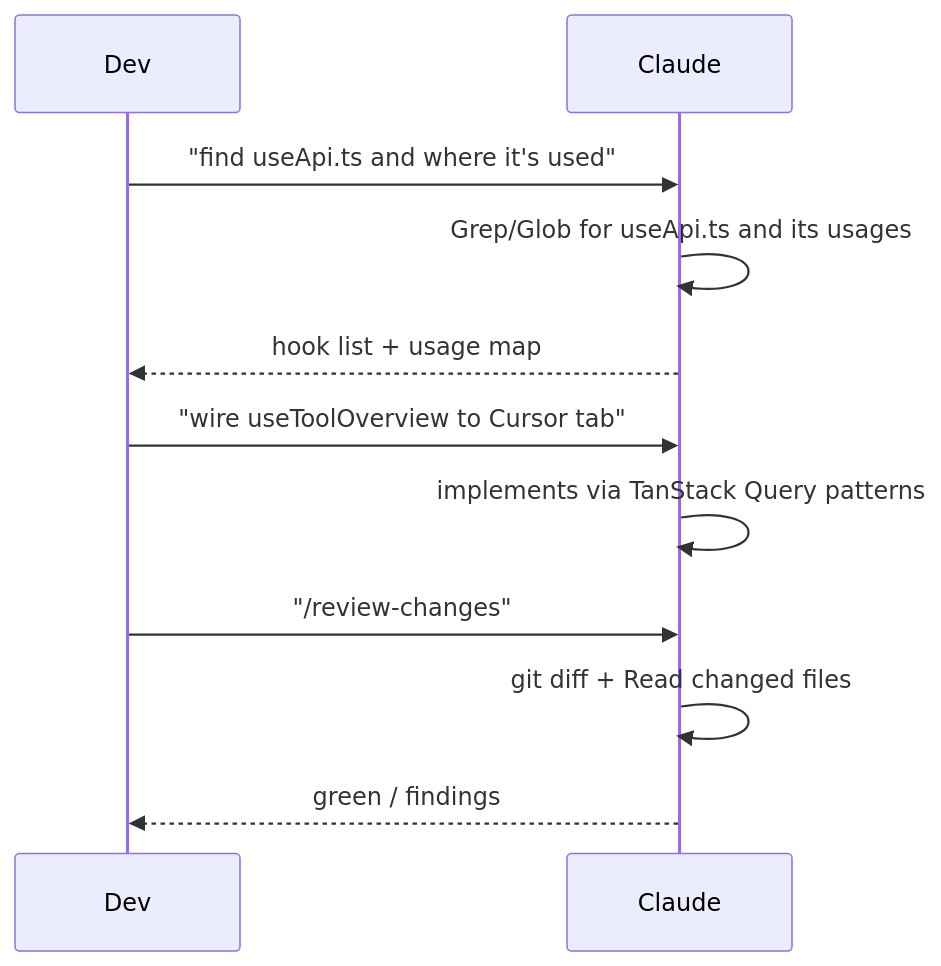
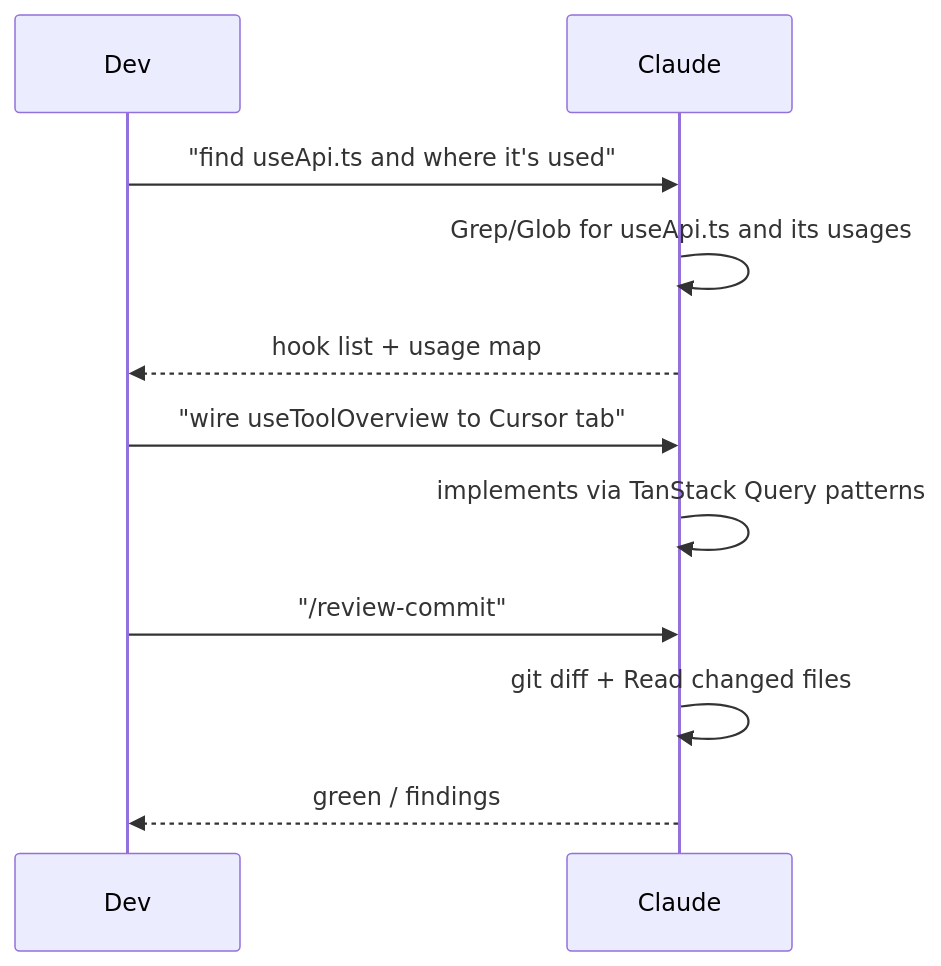
The sixth of 7 diagrams in AGENTS.md (AixleHQ/insights), drawn with Mermaid before and after one commit. The commit also changed other lines of this file and 11 other files, not shown here.

````diff
--- a/AGENTS.md
+++ b/AGENTS.md
@@ -197,14 +193,14 @@
 ```mermaid
 sequenceDiagram
     participant Dev
     participant Claude
 
     Dev->>Claude: "find useApi.ts and where it's used"
     Claude->>Claude: Grep/Glob for useApi.ts and its usages
     Claude-->>Dev: hook list + usage map
     Dev->>Claude: "wire useToolOverview to Cursor tab"
     Claude->>Claude: implements via TanStack Query patterns
-    Dev->>Claude: "/review-changes"
+    Dev->>Claude: "/review-commit"
     Claude->>Claude: git diff + Read changed files
     Claude-->>Dev: green / findings
 ```
````
